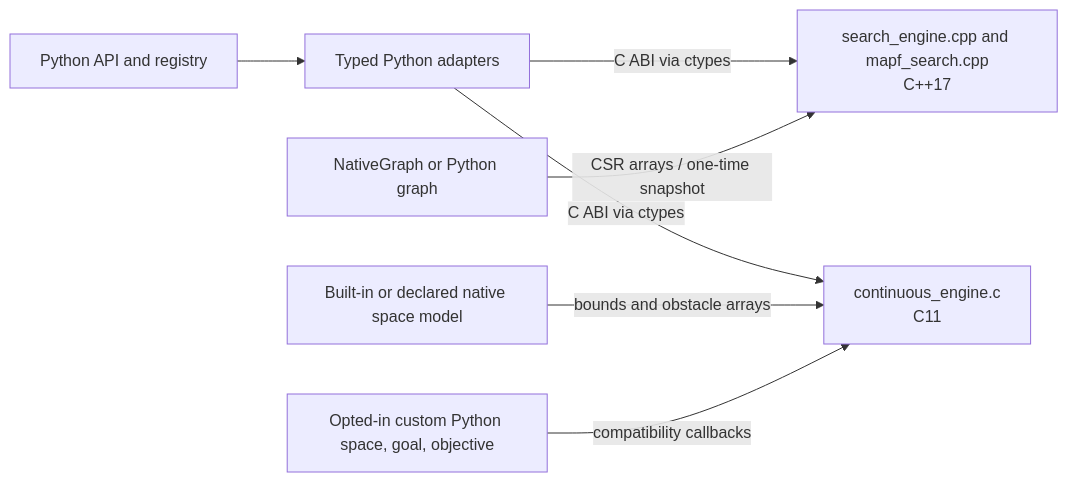
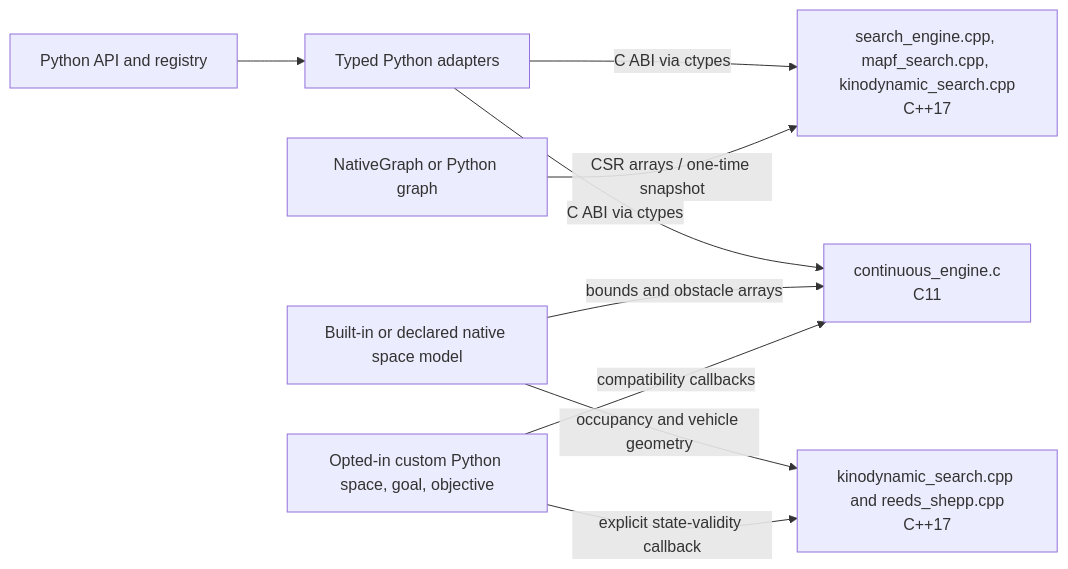
The diagram in docs/native_core.md (damminhtien/pathplanning), drawn with Mermaid before and after one commit. The commit also changed other lines of this file and 30 other files, not shown here.

````diff
--- a/docs/native_core.md
+++ b/docs/native_core.md
@@ -9,9 +10,11 @@
 ```mermaid
 flowchart LR
     API[Python API and registry] --> ADAPTER[Typed Python adapters]
-    ADAPTER -->|C ABI via ctypes| SEARCH[search_engine.cpp and mapf_search.cpp<br/>C++17]
+    ADAPTER -->|C ABI via ctypes| SEARCH[search_engine.cpp, mapf_search.cpp, kinodynamic_search.cpp<br/>C++17]
     ADAPTER -->|C ABI via ctypes| CONTINUOUS[continuous_engine.c<br/>C11]
     GRAPH[NativeGraph or Python graph] -->|CSR arrays / one-time snapshot| SEARCH
     BUILTIN[Built-in or declared native space model] -->|bounds and obstacle arrays| CONTINUOUS
+    BUILTIN -->|occupancy and vehicle geometry| KINODYNAMIC[kinodynamic_search.cpp and reeds_shepp.cpp<br/>C++17]
     CUSTOM[Opted-in custom Python space, goal, objective] -->|compatibility callbacks| CONTINUOUS
+    CUSTOM -->|explicit state-validity callback| KINODYNAMIC
 ```
````
